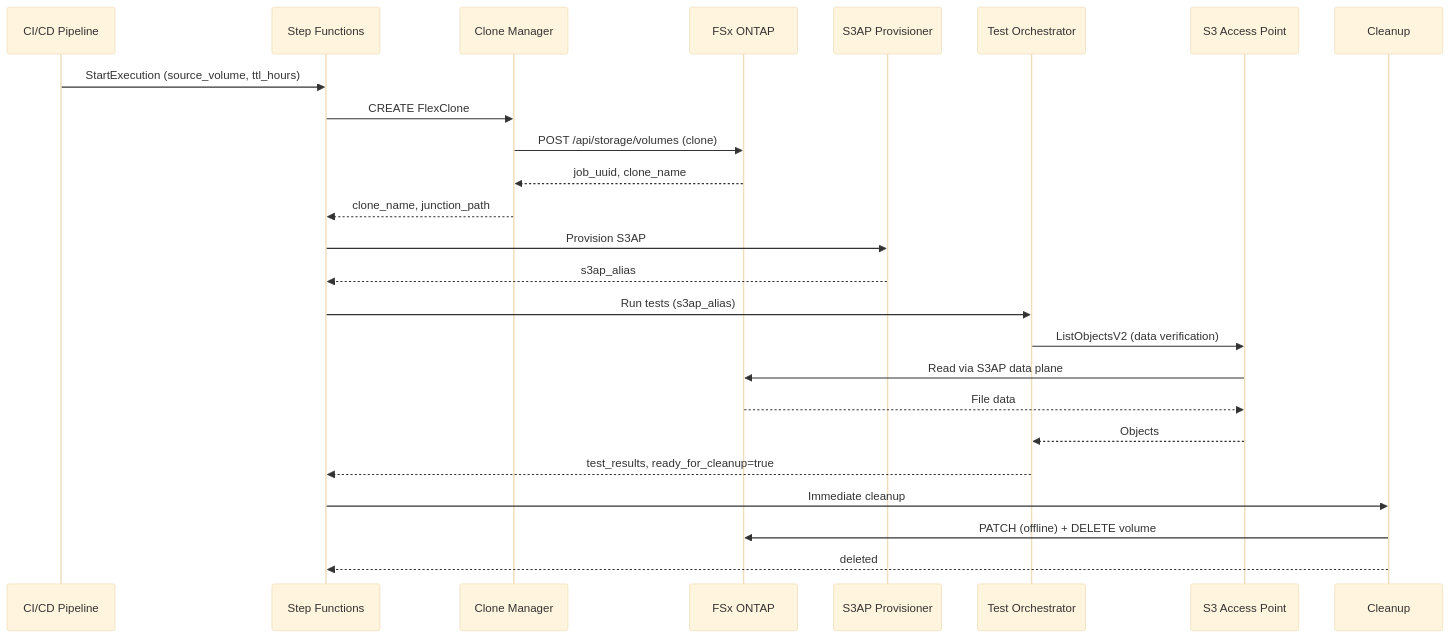
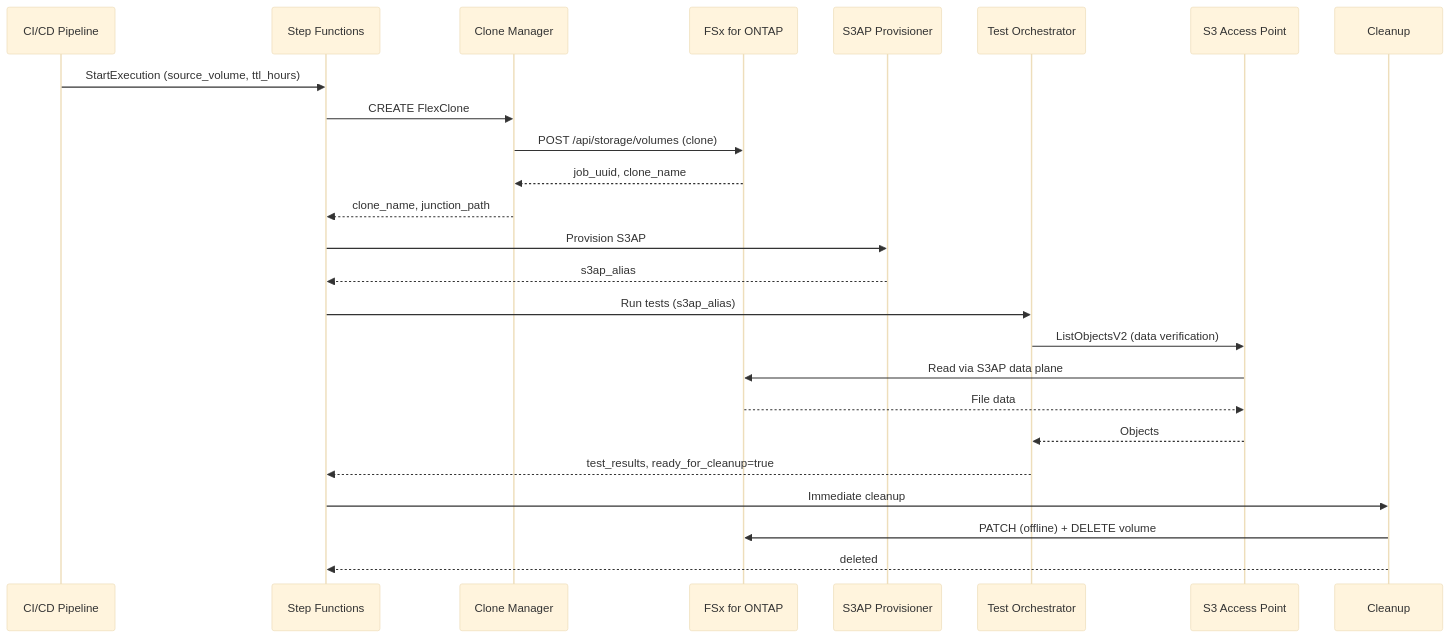
Before and after one commit to Yoshiki0705/FSx-for-ONTAP-S3AccessPoints-Serverless-Patterns: the diagram in devops-flexclone-cicd/docs/architecture.en.md, drawn with Mermaid (base theme). The commit also changed 752 other files, not shown here.

````diff
--- a/devops-flexclone-cicd/docs/architecture.en.md
+++ b/devops-flexclone-cicd/docs/architecture.en.md
@@ -5,31 +5,31 @@
 ```mermaid
 sequenceDiagram
     participant CI as CI/CD Pipeline
     participant SF as Step Functions
     participant CM as Clone Manager
-    participant ONTAP as FSx ONTAP
+    participant ONTAP as FSx for ONTAP
     participant SP as S3AP Provisioner
     participant TO as Test Orchestrator
     participant S3 as S3 Access Point
     participant CL as Cleanup
 
     CI->>SF: StartExecution (source_volume, ttl_hours)
     SF->>CM: CREATE FlexClone
     CM->>ONTAP: POST /api/storage/volumes (clone)
     ONTAP-->>CM: job_uuid, clone_name
     CM-->>SF: clone_name, junction_path
 
     SF->>SP: Provision S3AP
     SP-->>SF: s3ap_alias
 
     SF->>TO: Run tests (s3ap_alias)
     TO->>S3: ListObjectsV2 (data verification)
     S3->>ONTAP: Read via S3AP data plane
     ONTAP-->>S3: File data
     S3-->>TO: Objects
     TO-->>SF: test_results, ready_for_cleanup=true
 
     SF->>CL: Immediate cleanup
     CL->>ONTAP: PATCH (offline) + DELETE volume
     CL-->>SF: deleted
 ```
````
